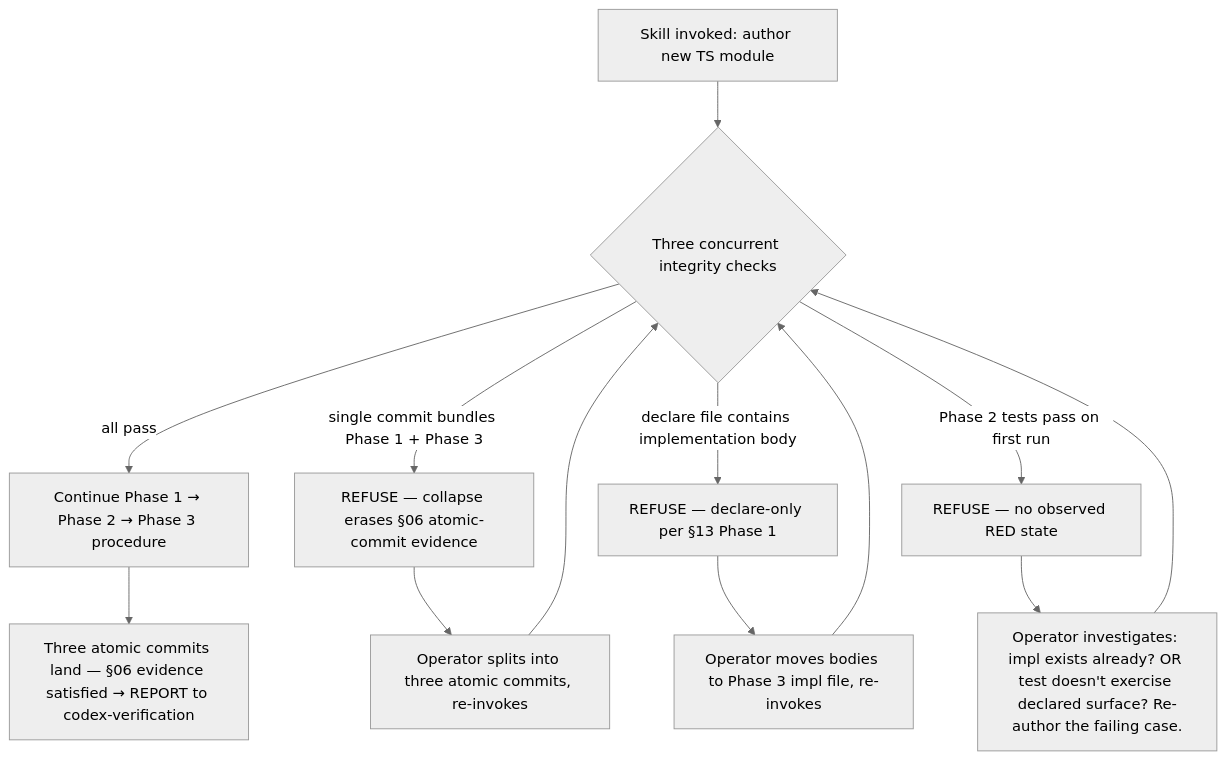
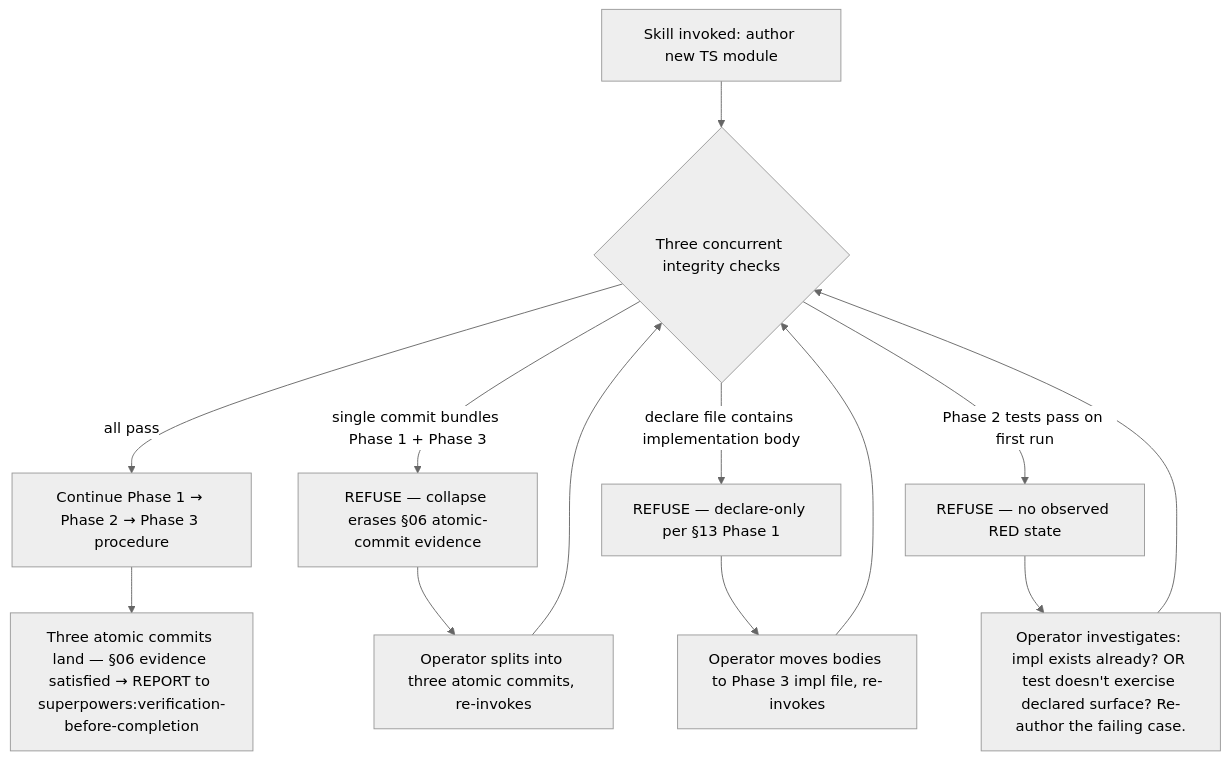
One commit to agenticapps-eu/codex-workflow changed the diagram in skills/codex-ts-declare-first/SKILL.md. Above: the diagram before and after it, drawn with Mermaid (neutral theme). The commit also changed other lines of this file and 42 other files, not shown here.

First line of the commit message:
feat: bind codex-workflow to upstream GSD + Superpowers (v0.3.0)

````diff
--- a/skills/codex-ts-declare-first/SKILL.md
+++ b/skills/codex-ts-declare-first/SKILL.md
@@ -184,16 +184,16 @@
 ```mermaid
 flowchart TD
   invoke[Skill invoked: author new TS module]
   invoke --> check{Three concurrent integrity checks}
   check -->|all pass| proceed[Continue Phase 1 → Phase 2 → Phase 3 procedure]
   check -->|single commit bundles Phase 1 + Phase 3| r_collapse[REFUSE — collapse erases §06 atomic-commit evidence]
   check -->|declare file contains implementation body| r_impl[REFUSE — declare-only per §13 Phase 1]
   check -->|Phase 2 tests pass on first run| r_no_red[REFUSE — no observed RED state]
   r_collapse --> recover_collapse[Operator splits into three atomic commits, re-invokes]
   r_impl --> recover_impl[Operator moves bodies to Phase 3 impl file, re-invokes]
   r_no_red --> recover_no_red[Operator investigates: impl exists already? OR test doesn't exercise declared surface? Re-author the failing case.]
   recover_collapse --> check
   recover_impl --> check
   recover_no_red --> check
-  proceed --> done[Three atomic commits land — §06 evidence satisfied → REPORT to codex-verification]
+  proceed --> done[Three atomic commits land — §06 evidence satisfied → REPORT to superpowers:verification-before-completion]
 ```
````
